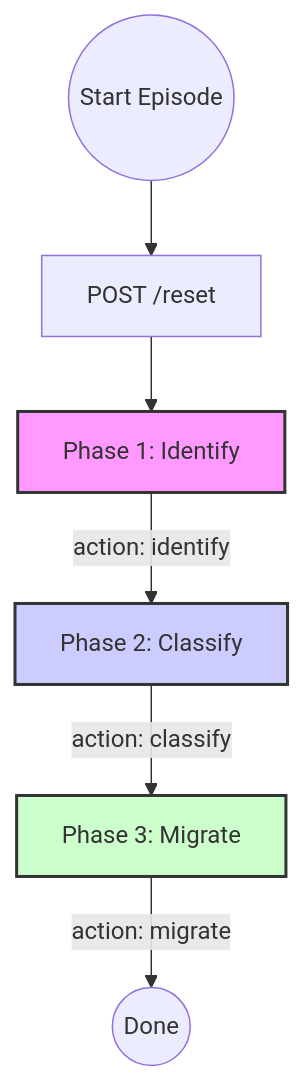
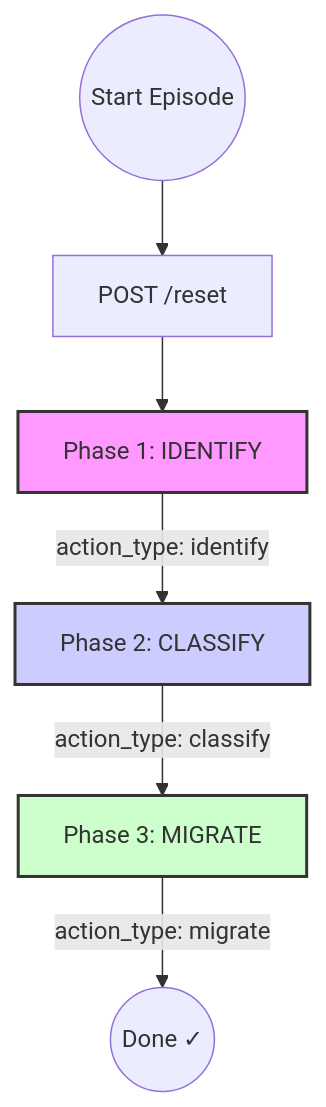
One commit to Rajasekar-2k7/api_contact_evaluation changed the first of 2 diagrams in README.md. Above: the diagram before and after it, drawn with Mermaid. The commit also changed other lines of this file and 6 other files, not shown here.

````diff
--- a/README.md
+++ b/README.md
@@ -46,12 +50,12 @@
 ```mermaid
 graph TD
     Start((Start Episode)) --> Reset[POST /reset]
-    Reset --> P1[Phase 1: Identify]
-    P1 --> |"action: identify"| P2[Phase 2: Classify]
-    P2 --> |"action: classify"| P3[Phase 3: Migrate]
-    P3 --> |"action: migrate"| Done((Done))
-    
+    Reset --> P1[Phase 1: IDENTIFY]
+    P1 --> |"action_type: identify"| P2[Phase 2: CLASSIFY]
+    P2 --> |"action_type: classify"| P3[Phase 3: MIGRATE]
+    P3 --> |"action_type: migrate"| Done((Done ✓))
+
     style P1 fill:#f9f,stroke:#333,stroke-width:2px
     style P2 fill:#ccf,stroke:#333,stroke-width:2px
     style P3 fill:#cfc,stroke:#333,stroke-width:2px
 ```
````
